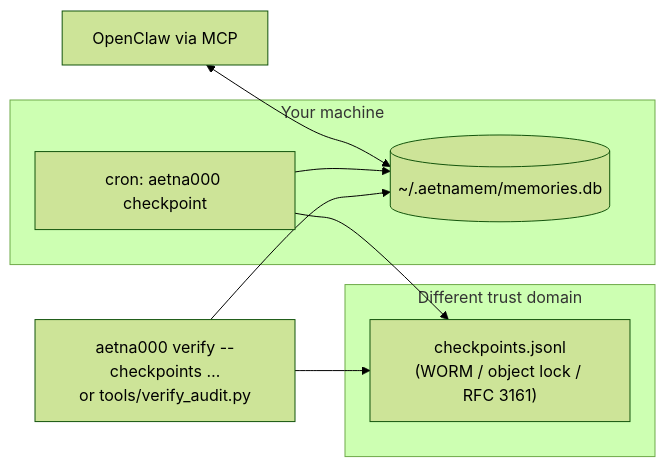
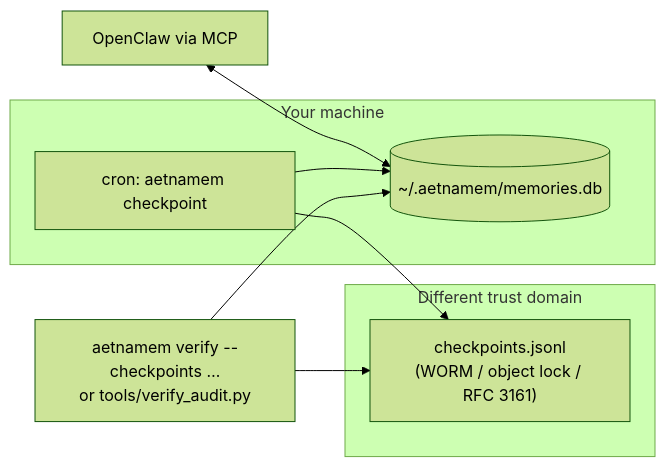
One commit to aetna000/aetnamem changed the fourth of 4 diagrams in docs/openclaw-setup.md. Above: the diagram before and after it, drawn with Mermaid (forest theme). The commit also changed other lines of this file and 26 other files, not shown here.

````diff
--- a/docs/openclaw-setup.md
+++ b/docs/openclaw-setup.md
@@ -96,15 +96,15 @@
 ```mermaid
 flowchart LR
     subgraph host ["Your machine"]
         DB[("~/.aetnamem/memories.db")]
-        CRON["cron: aetna000 checkpoint"]
+        CRON["cron: aetnamem checkpoint"]
     end
     subgraph anchor ["Different trust domain"]
         CK["checkpoints.jsonl<br/>(WORM / object lock / RFC 3161)"]
     end
     OC["OpenClaw via MCP"] <--> DB
     CRON --> DB
     CRON --> CK
-    V["aetna000 verify --checkpoints …<br/>or tools/verify_audit.py"] --> DB
+    V["aetnamem verify --checkpoints …<br/>or tools/verify_audit.py"] --> DB
     V --> CK
 ```
````
